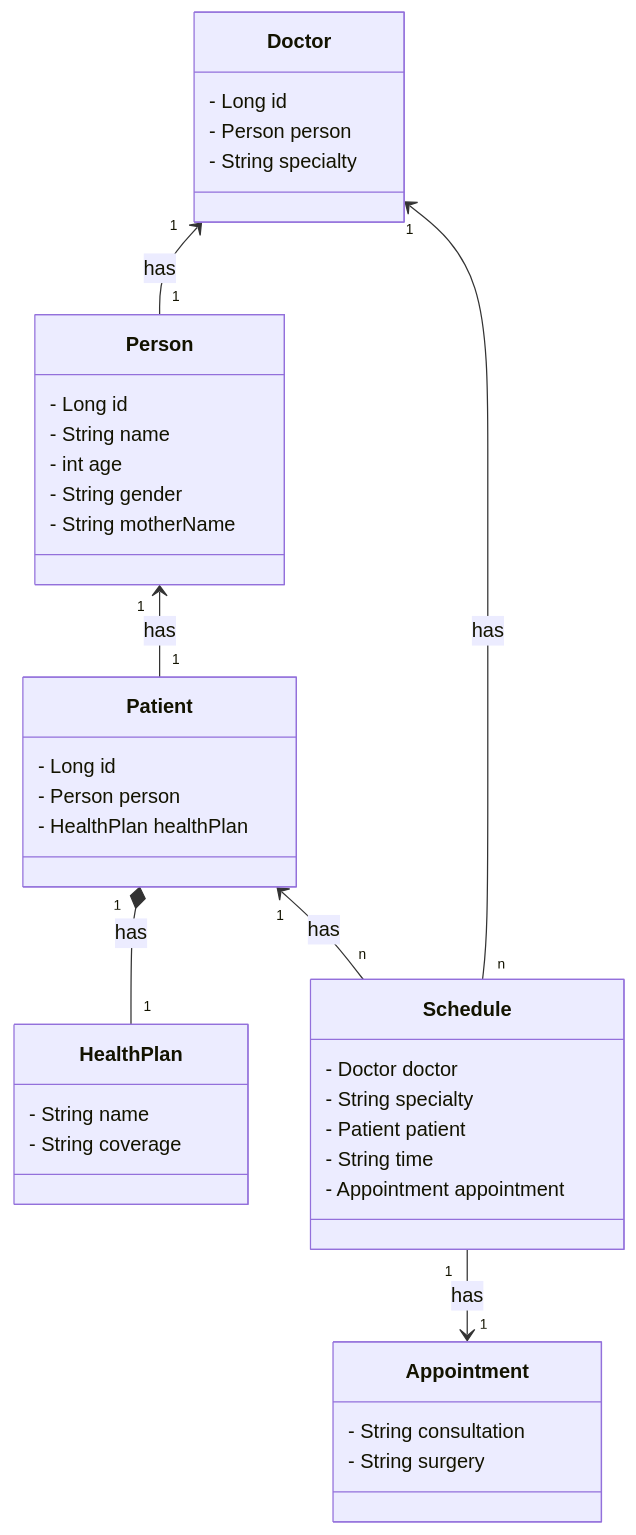
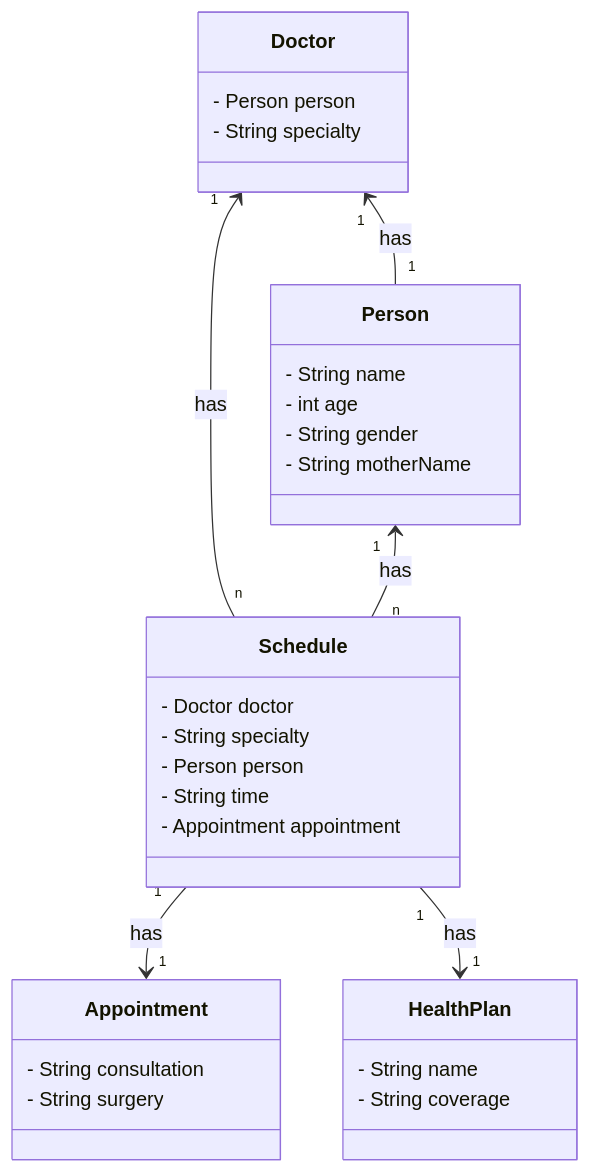
Before and after one commit to PedroCaput/clinica-medica: the diagram in README.md, drawn with Mermaid.

Commit message:
Update README.md
Updating Diagrama de Classes

````diff
--- a/README.md
+++ b/README.md
@@ -5,47 +5,38 @@
 ```mermaid
 classDiagram
     class Person {
-        - Long id
         - String name
         - int age
         - String gender
         - String motherName
     }
-    
-    class Patient {
-        - Long id
-        - Person person
-        - HealthPlan healthPlan
-    }
-    
+       
     class HealthPlan {
         - String name
         - String coverage
     }
     
     class Doctor {
-        - Long id
         - Person person
         - String specialty
     }
     
     class Appointment {
         - String consultation
         - String surgery
     }
     
     class Schedule {
         - Doctor doctor
         - String specialty
-        - Patient patient
+        - Person person
         - String time
         - Appointment appointment
     }
     
-    Person "1" <-- "1" Patient : has
-    Patient "1" *-- "1" HealthPlan : has
     Doctor "1" <-- "1" Person : has
     Doctor "1" <-- "n" Schedule : has
-    Patient "1" <-- "n" Schedule : has
+    Person "1" <-- "n" Schedule : has
     Schedule "1" --> "1" Appointment : has
+    Schedule "1" --> "1" HealthPlan : has
 ```
````
